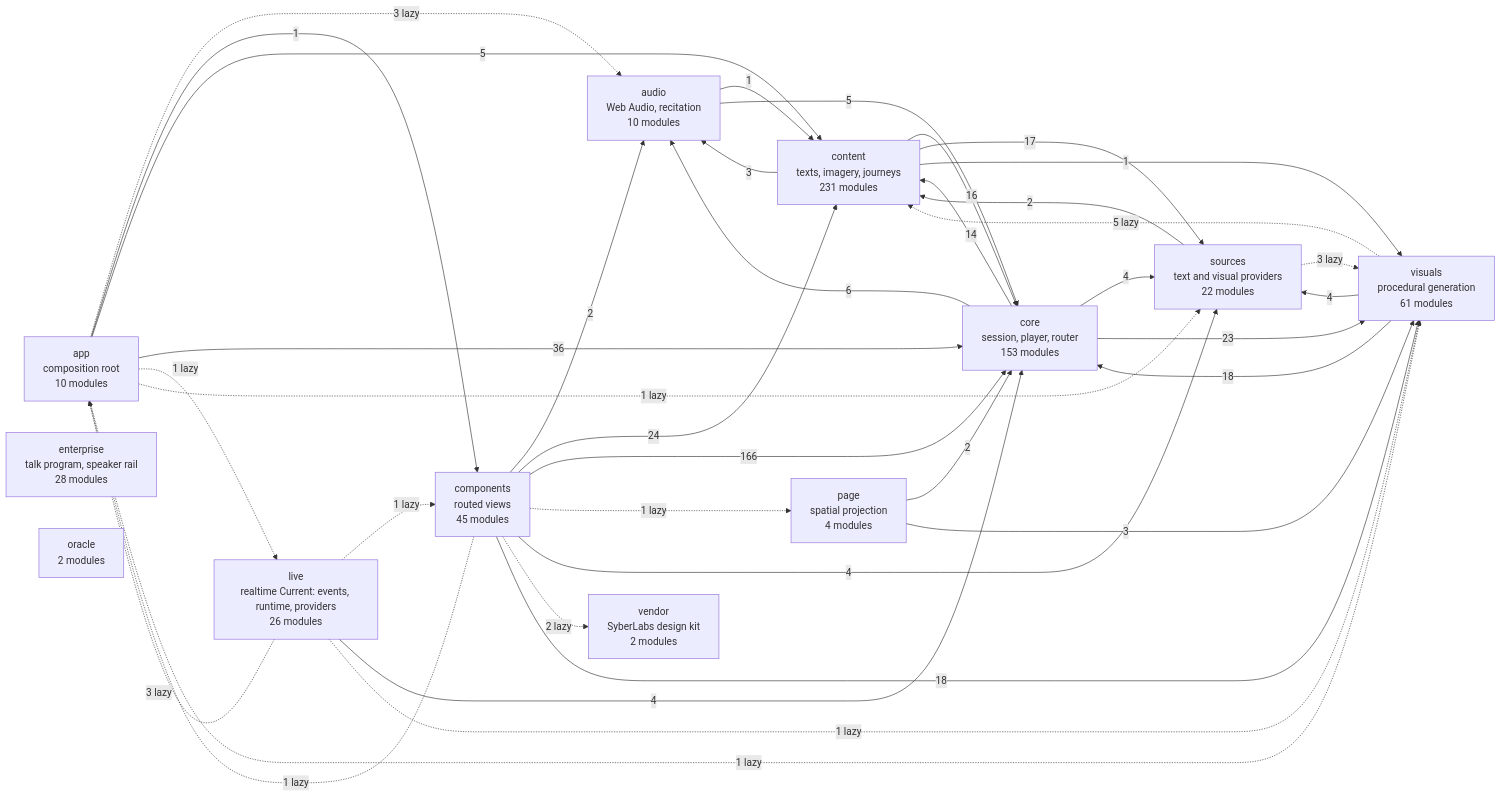
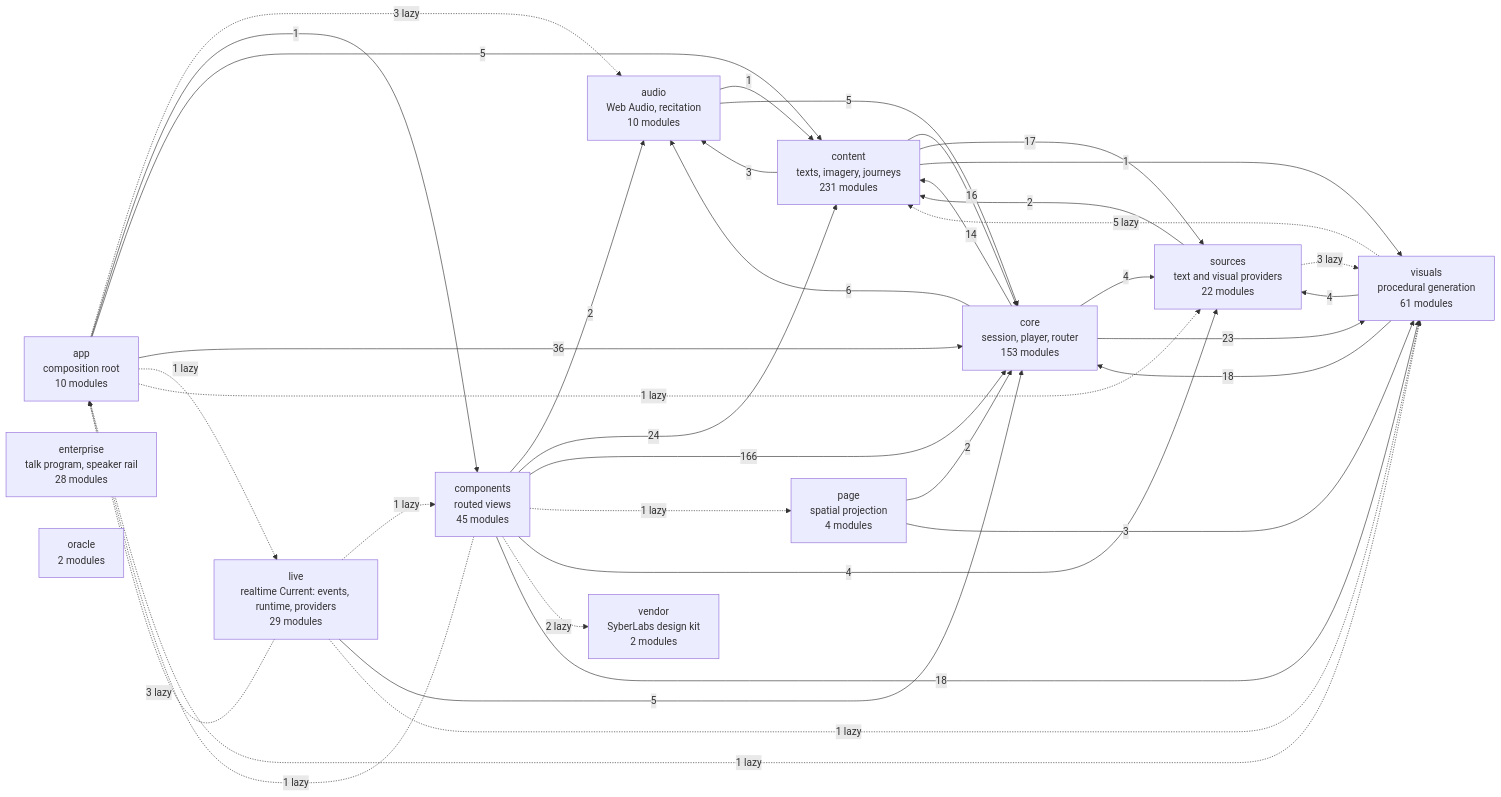
The diagram in docs/specs/ARCHITECTURE.md (SyberLabs/RISE), drawn with Mermaid before and after one commit. The commit also changed 13 other files, not shown here.

First line of the commit message:
Run the live runtime through an MCP host's model: adapter, port, proof against a fake host

````diff
--- a/docs/specs/ARCHITECTURE.md
+++ b/docs/specs/ARCHITECTURE.md
@@ -160,52 +160,52 @@
 ```mermaid
 flowchart LR
     app["app<br/>composition root<br/>10 modules"]
     audio["audio<br/>Web Audio, recitation<br/>10 modules"]
     components["components<br/>routed views<br/>45 modules"]
     content["content<br/>texts, imagery, journeys<br/>231 modules"]
     core["core<br/>session, player, router<br/>153 modules"]
     enterprise["enterprise<br/>talk program, speaker rail<br/>28 modules"]
-    live["live<br/>realtime Current: events, runtime, providers<br/>26 modules"]
+    live["live<br/>realtime Current: events, runtime, providers<br/>29 modules"]
     oracle["oracle<br/>2 modules"]
     page["page<br/>spatial projection<br/>4 modules"]
     sources["sources<br/>text and visual providers<br/>22 modules"]
     vendor["vendor<br/>SyberLabs design kit<br/>2 modules"]
     visuals["visuals<br/>procedural generation<br/>61 modules"]
 
     app -.-> |3 lazy| audio
     app --> |1| components
     app --> |5| content
     app --> |36| core
     app -.-> |1 lazy| live
     app -.-> |1 lazy| sources
     app -.-> |1 lazy| visuals
     audio --> |1| content
     audio --> |5| core
     components -.-> |1 lazy| app
     components --> |2| audio
     components --> |24| content
     components --> |166| core
     components -.-> |1 lazy| page
     components --> |4| sources
     components -.-> |2 lazy| vendor
     components --> |18| visuals
     content --> |3| audio
     content --> |16| core
     content --> |17| sources
     content --> |1| visuals
     core --> |6| audio
     core --> |14| content
     core --> |4| sources
     core --> |23| visuals
     live -.-> |3 lazy| app
     live -.-> |1 lazy| components
-    live --> |4| core
+    live --> |5| core
     live -.-> |1 lazy| visuals
     page --> |2| core
     page --> |3| visuals
     sources --> |2| content
     sources -.-> |3 lazy| visuals
     visuals -.-> |5 lazy| content
     visuals --> |18| core
     visuals --> |4| sources
 ```
````
